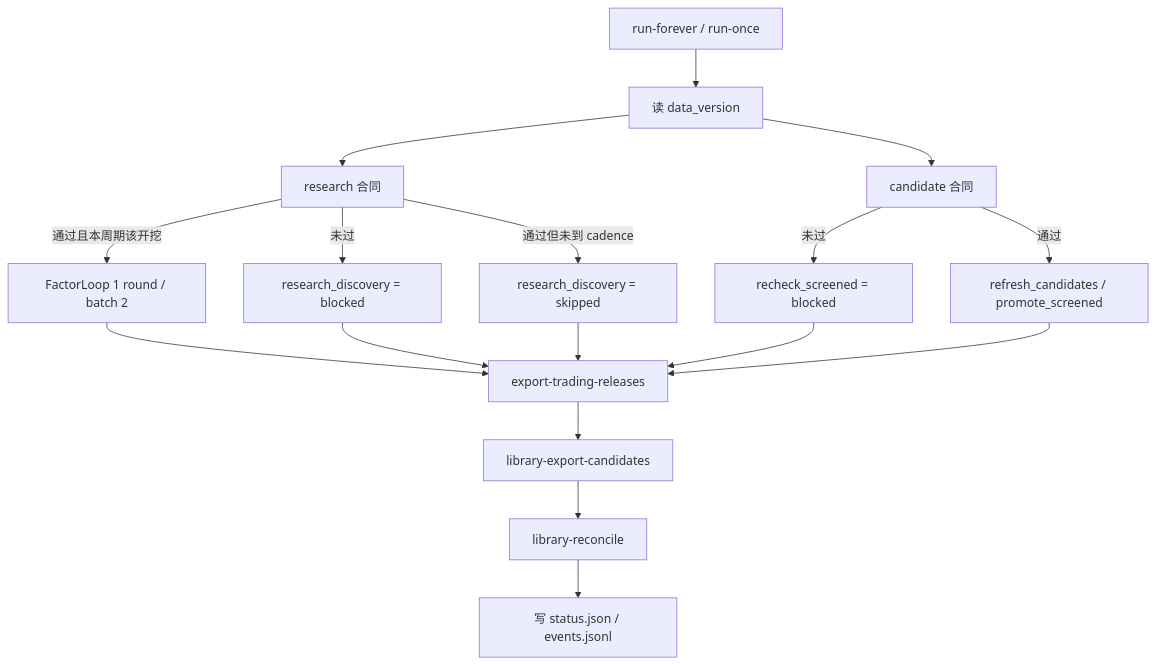
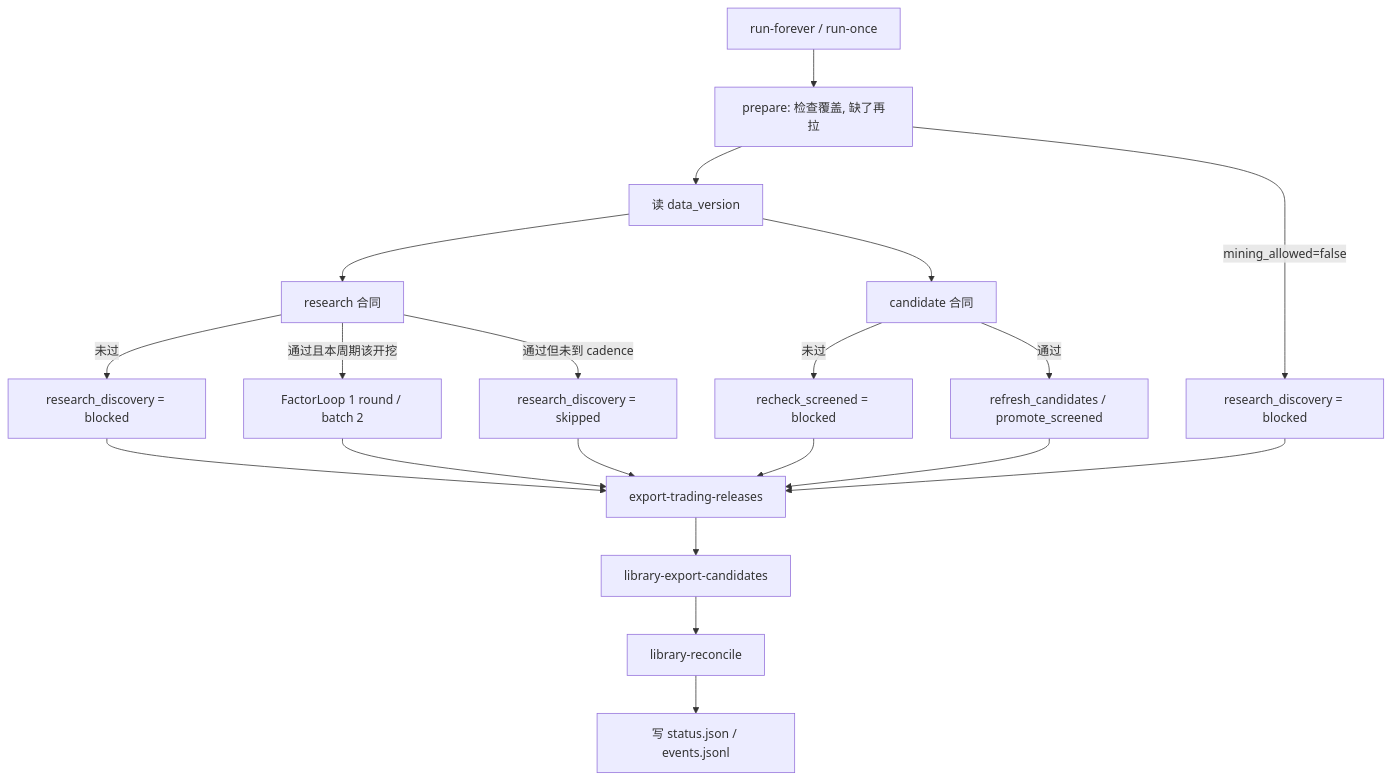
Before and after one commit to CnOxx1/EvoQuantFactor: the fifth of 5 diagrams in docs/factor_production_flow.md, drawn with Mermaid. The commit also changed other lines of this file and 7 other files, not shown here.

First line of the commit message:
feat: add data prepare gate before factor production

````diff
--- a/docs/factor_production_flow.md
+++ b/docs/factor_production_flow.md
@@ -118,19 +122,22 @@
 ```mermaid
 flowchart TD
-    A["run-forever / run-once"] --> B[读 data_version]
+    A["run-forever / run-once"] --> P[prepare: 检查覆盖, 缺了再拉]
+    P --> B[读 data_version]
     B --> C[research 合同]
     B --> D[candidate 合同]
+    P -->|mining_allowed=false| E0[research_discovery = blocked]
     C -->|未过| E[research_discovery = blocked]
     C -->|通过且本周期该开挖| F[FactorLoop 1 round / batch 2]
     C -->|通过但未到 cadence| G[research_discovery = skipped]
     D -->|未过| H[recheck_screened = blocked]
     D -->|通过| I[refresh_candidates / promote_screened]
     F --> J[export-trading-releases]
+    E0 --> J
     E --> J
     G --> J
     H --> J
     I --> J
     J --> K[library-export-candidates]
     K --> L[library-reconcile]
     L --> M[写 status.json / events.jsonl]
 ```
````
